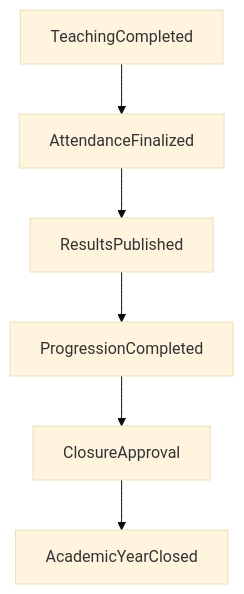
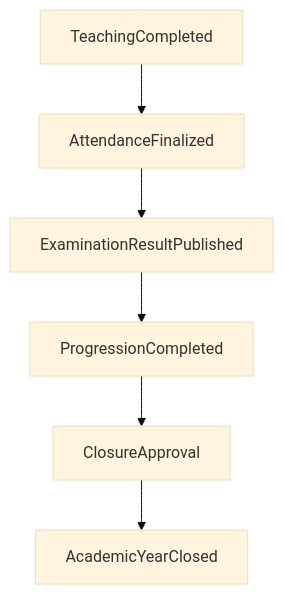
Diagram 37 of 42 in architecture/L1_Business_Domain_Architecture/SutraERP_L1_Business_Domain_Architecture_Locked.md (Varad1604/ERP_hark), drawn with Mermaid (base theme) before and after one commit. The commit also changed other lines of this file and 6 other files, not shown here.

First line of the commit message:
INT-008: canonicalize the result publication event as ExaminationResultPublished

````diff
--- a/architecture/L1_Business_Domain_Architecture/SutraERP_L1_Business_Domain_Architecture_Locked.md
+++ b/architecture/L1_Business_Domain_Architecture/SutraERP_L1_Business_Domain_Architecture_Locked.md
@@ -2619,15 +2619,15 @@
 ```mermaid
 flowchart TD
 
 TeachingCompleted
 
 -->AttendanceFinalized
 
--->ResultsPublished
+-->ExaminationResultPublished
 
 -->ProgressionCompleted
 
 -->ClosureApproval
 
 -->AcademicYearClosed
 ```
````
